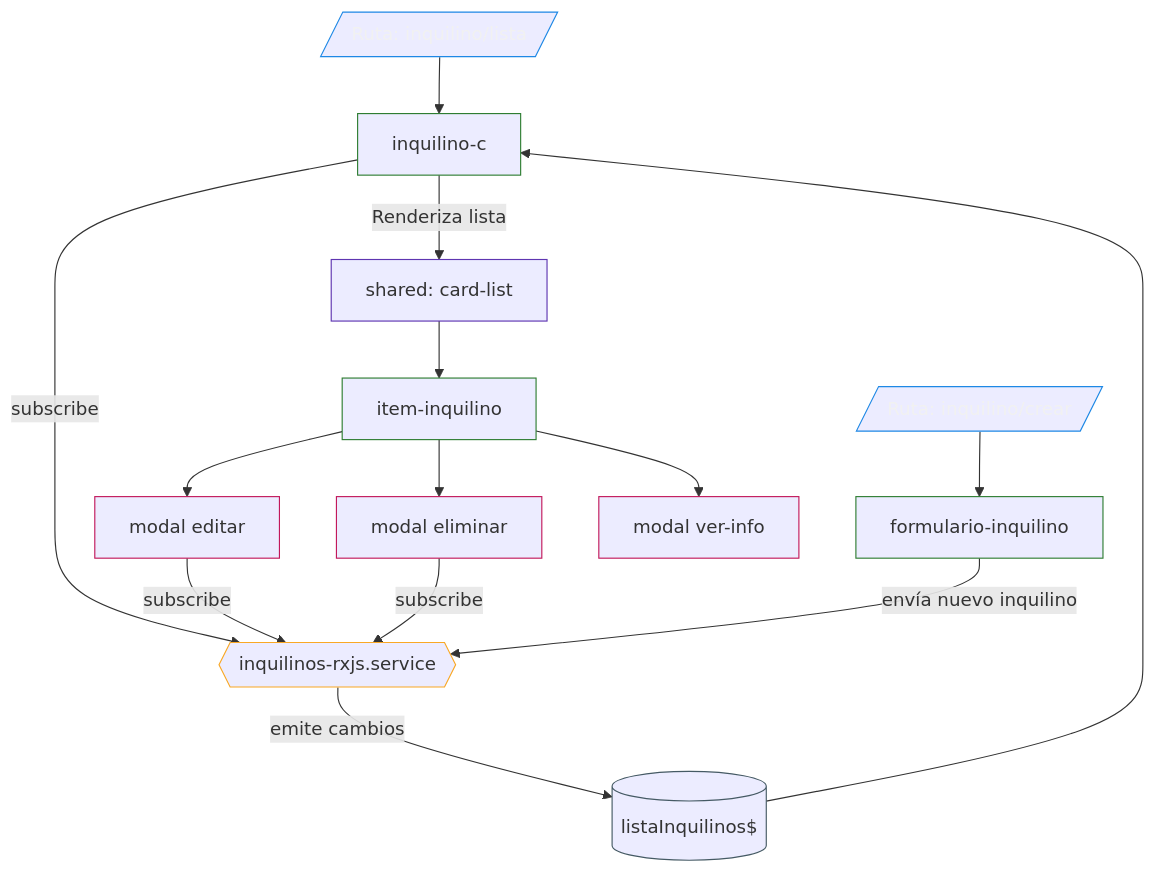
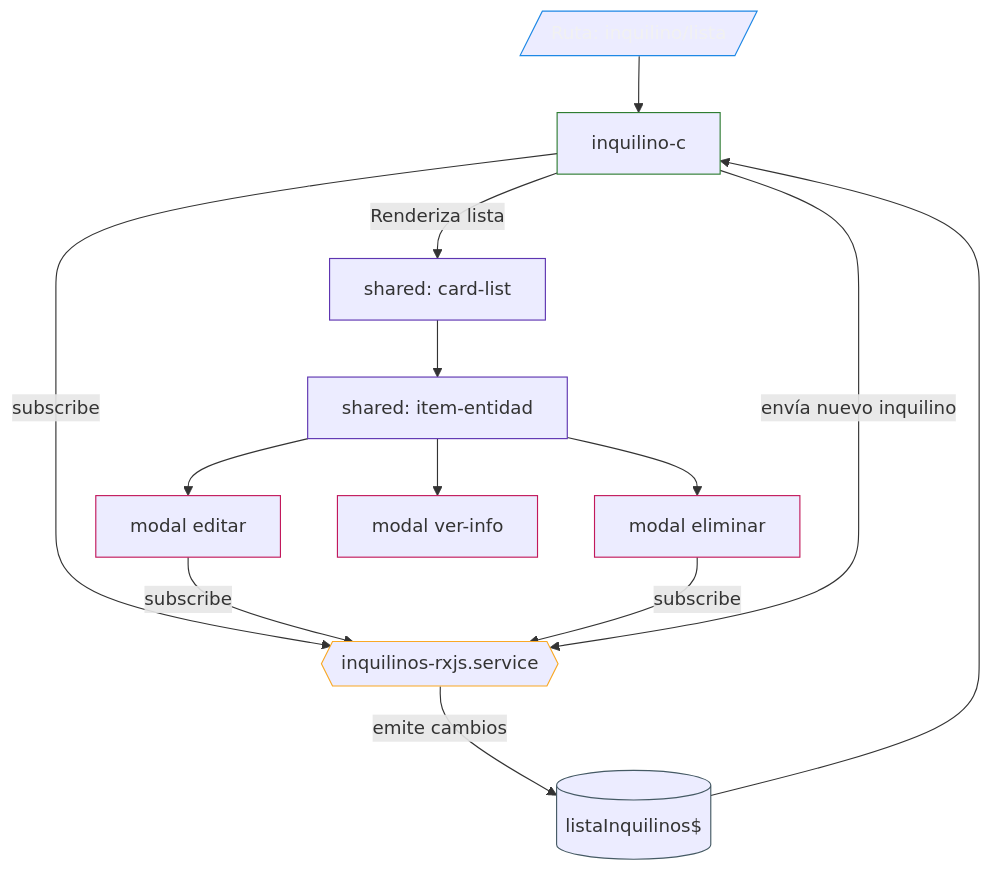
One commit to srOtyy/mvpInmo changed the diagram in docs/diagramas/inquilinos_flujo.md. Above: the diagram before and after it, drawn with Mermaid. The commit also changed 18 other files, not shown here.

````diff
--- a/docs/diagramas/inquilinos_flujo.md
+++ b/docs/diagramas/inquilinos_flujo.md
@@ -4,62 +4,60 @@
 ```mermaid
 flowchart TB
 
     %% Rutas
     R1[/Ruta: inquilino/lista/]
-    R2[/Ruta: inquilino/crear/]
 
     %% Componentes
-    PC[inquilino-c]
-    FP[formulario-inquilino]
-    IP[item-inquilino]
+    IC[inquilino-c]
 
     %% Shared
     CL[shared: card-list]
+    IE[shared: item-entidad]
+
 
     %% Modales
     ME[modal editar]
     MD[modal eliminar]
     MI[modal ver-info]
 
     %% Servicio
     S{{inquilinos-rxjs.service}}
 
     %% Estado
     O[(listaInquilinos$)]
 
     %% Flujos
-    R1 --> PC
-    R2 --> FP
+    R1 --> IC
 
-    PC -->|Renderiza lista| CL
-    CL --> IP
+    IC -->|Renderiza lista| CL
+    CL --> IE
 
-    IP --> ME
-    IP --> MD
-    IP --> MI
+    IE --> ME
+    IE --> MD
+    IE --> MI
 
-    PC -->|subscribe| S
+    IC -->|subscribe|S
     ME -->|subscribe| S
     MD -->|subscribe| S
 
-    FP -->|envía nuevo inquilino| S
+    IC -->|envía nuevo inquilino| S
 
     S -->|emite cambios| O
-    O --> PC
+    O --> IC
 
     %% Estilos
     classDef route stroke:#1E88E5, color:#f1f1f1;
     classDef component stroke:#2E7D32;
     classDef service stroke:#F9A825;
     classDef modal stroke:#C2185B;
     classDef shared stroke:#5E35B1;
     classDef state stroke:#455A64;
 
-    class R1,R2 route;
-    class PC,FP,IP component;
-    class CL shared;
+    class R1, route;
+    class IC,FP, component;
+    class CL,IE shared;
     class ME,MD,MI modal;
     class S service;
     class O state;
 
 ```
````
